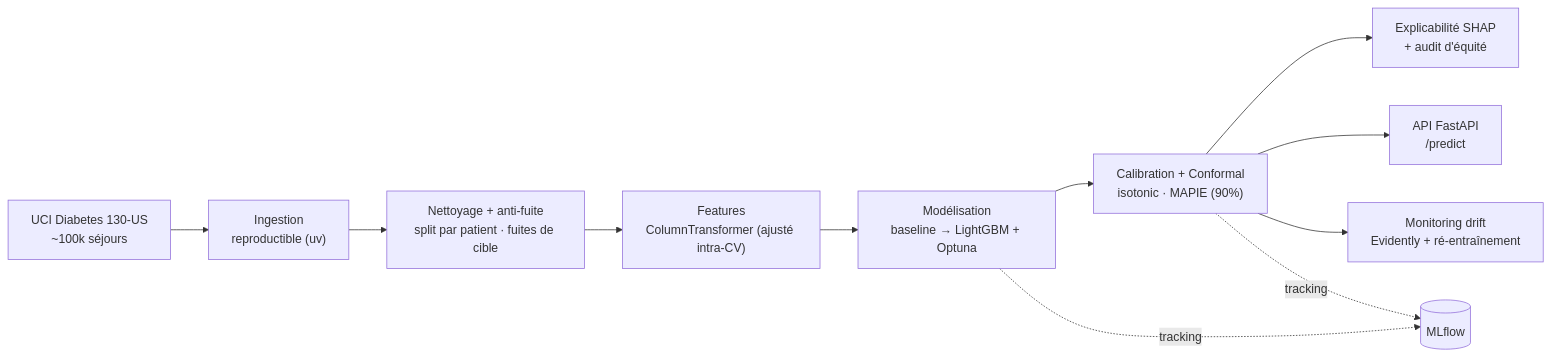
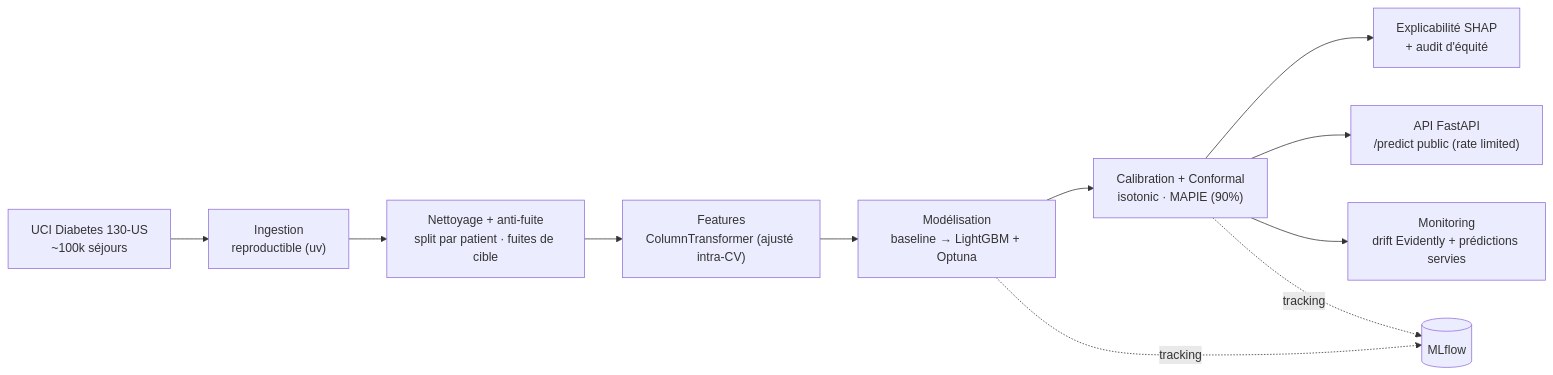
Before and after one commit to behramkorkut/readmission-risk-ml: the first of 2 diagrams in README.md, drawn with Mermaid. The commit also changed other lines of this file, not shown here.

````diff
--- a/README.md
+++ b/README.md
@@ -46,13 +46,13 @@
 ```mermaid
 flowchart LR
     A["UCI Diabetes 130-US<br/>~100k séjours"] --> B["Ingestion<br/>reproductible (uv)"]
     B --> C["Nettoyage + anti-fuite<br/>split par patient · fuites de cible"]
     C --> D["Features<br/>ColumnTransformer (ajusté intra-CV)"]
     D --> E["Modélisation<br/>baseline → LightGBM + Optuna"]
     E --> F["Calibration + Conformal<br/>isotonic · MAPIE (90%)"]
     F --> G["Explicabilité SHAP<br/>+ audit d'équité"]
-    F --> H["API FastAPI<br/>/predict"]
-    F --> I["Monitoring drift<br/>Evidently + ré-entraînement"]
+    F --> H["API FastAPI<br/>/predict public (rate limited)"]
+    F --> I["Monitoring<br/>drift Evidently + prédictions servies"]
     E -. tracking .-> M[("MLflow")]
     F -. tracking .-> M
 ```
````
